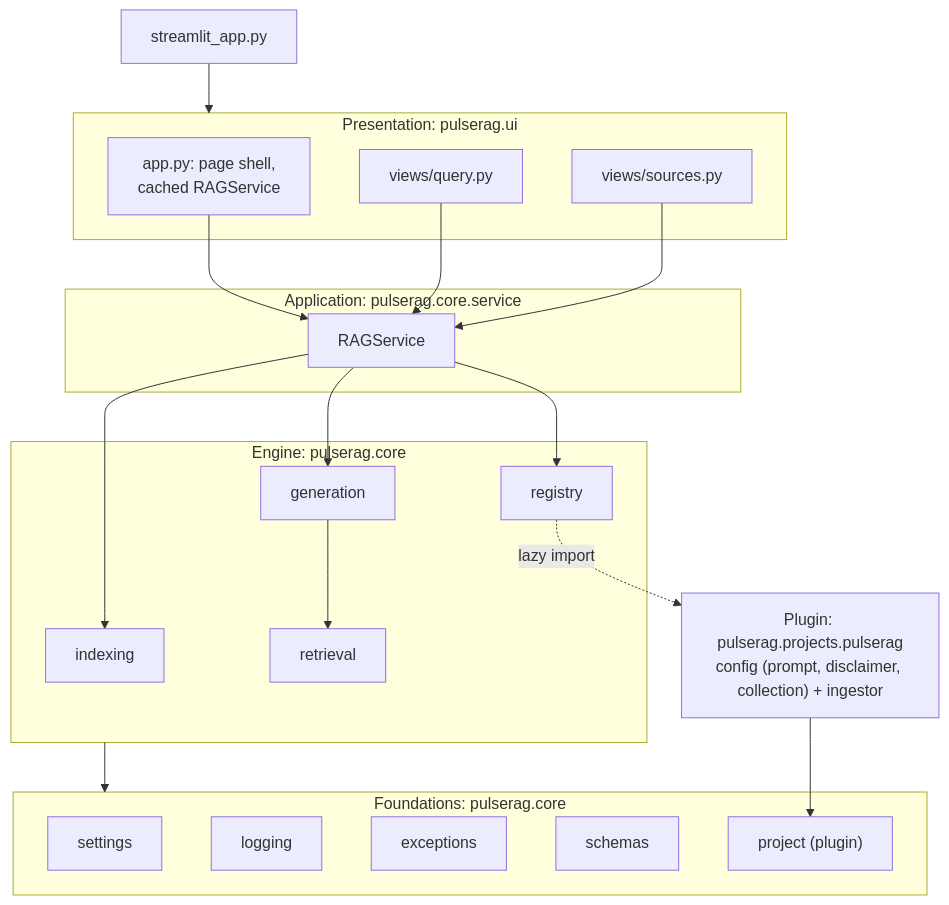
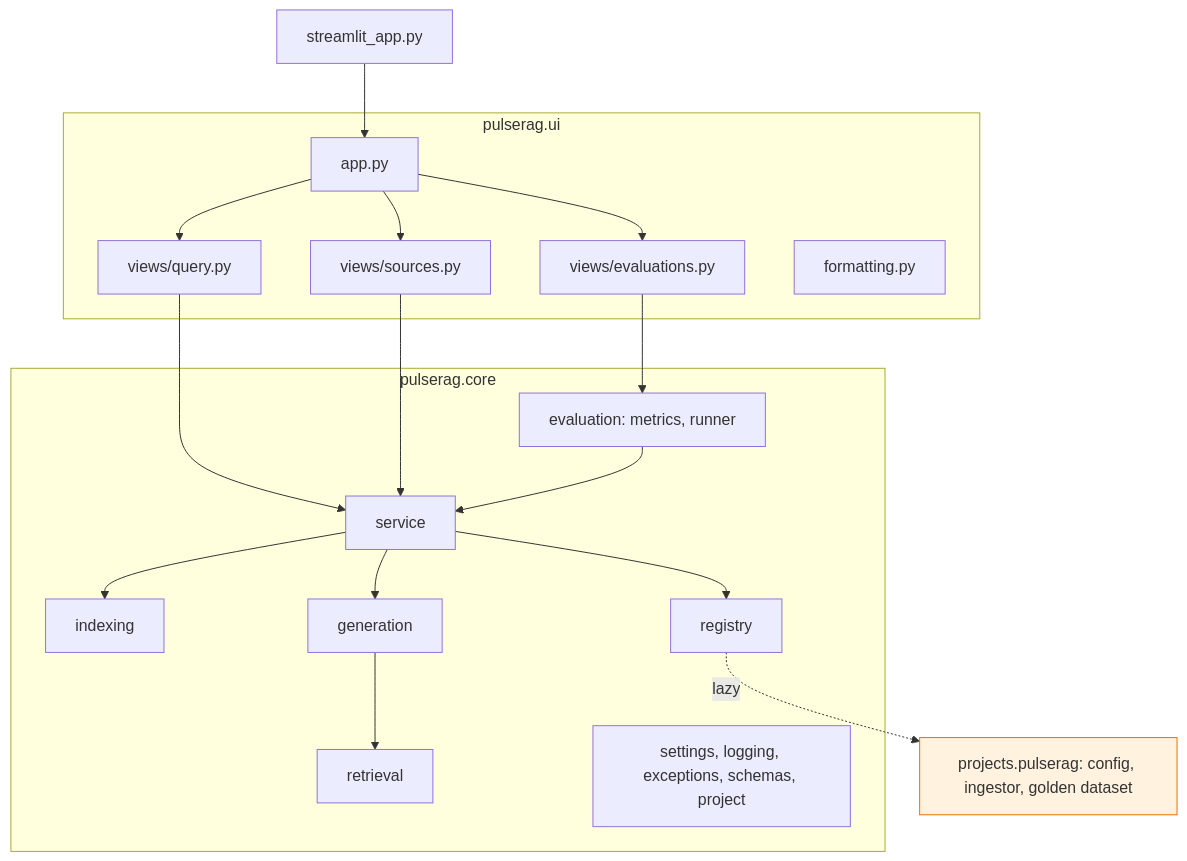
The second of 5 diagrams in docs/HLD.md (abhishek-tiwari-nitrr/PulseRAG), drawn with Mermaid before and after one commit. The commit also changed other lines of this file and 6 other files, not shown here.

````diff
--- a/docs/HLD.md
+++ b/docs/HLD.md
@@ -33,40 +32,34 @@
 ```mermaid
 flowchart TB
-    EP["streamlit_app.py"] --> UI
-
-    subgraph UI["Presentation: pulserag.ui"]
-        APP["app.py: page shell, <br/>cached RAGService"]
-        Q["views/query.py"]
-        S["views/sources.py"]
+    EP["streamlit_app.py"] --> APP
+    subgraph UIL["pulserag.ui"]
+        APP["app.py"]
+        VQ["views/query.py"]
+        VS["views/sources.py"]
+        VE["views/evaluations.py"]
+        FMT["formatting.py"]
     end
-
-    subgraph SV["Application: pulserag.core.service"]
-        SVC["RAGService"]
-    end
-
-    subgraph EN["Engine: pulserag.core"]
-        IDX["indexing"] 
+    subgraph CORE["pulserag.core"]
+        SVC["service"]
+        IDX["indexing"]
         RET["retrieval"]
         GEN["generation"]
         REG["registry"]
+        FND["settings, logging, exceptions, schemas, project"]
+        EVL["evaluation: metrics, runner"]
     end
-
-    subgraph FD["Foundations: pulserag.core"]
-        SET["settings"] 
-        LOG["logging"]
-        EXC["exceptions"]
-        SCH["schemas"]
-        PRJ["project (plugin)"]
-    end
-
-    PLG["Plugin: pulserag.projects.pulserag<br/>config (prompt, disclaimer, collection) + ingestor"]
-
-    APP --> SVC
-    Q --> SVC
-    S --> SVC
-    SVC --> IDX & GEN & REG
+    PLG["projects.pulserag: config, ingestor, golden dataset"]
+    APP --> VQ
+    APP --> VS
+    VQ --> SVC
+    VS --> SVC
+    SVC --> IDX
+    SVC --> GEN
     GEN --> RET
-    REG -.->|"lazy import"| PLG
-    PLG --> PRJ
-    EN --> FD
+    SVC --> REG
+    REG -.->|"lazy"| PLG
+    APP --> VE
+    VE --> EVL
+    EVL --> SVC
+    style PLG fill:#fff3e0,stroke:#ef6c00
 ```
````
